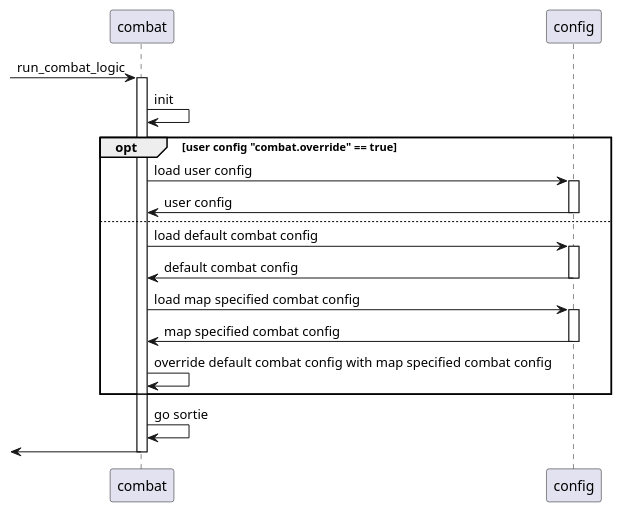
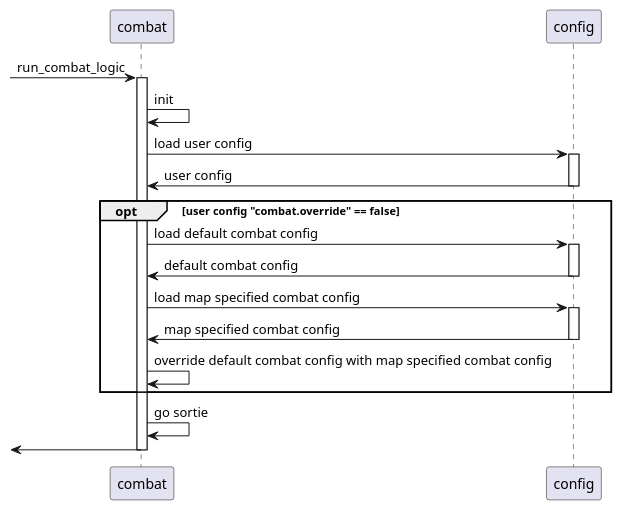
The diagram in reference/sortie_config_update.puml (XVs32/kcauto_custom), drawn with PlantUML before and after one commit.

Commit message:
update logic

```diff
--- a/reference/sortie_config_update.puml
+++ b/reference/sortie_config_update.puml
@@ -1,32 +1,31 @@
 @startuml
 
 
  -> combat: run_combat_logic
 activate combat
 combat -> combat: init 
 
-opt user config "combat.override" == true
 combat -> config: load user config 
 activate config
 config -> combat: user config 
 deactivate config
 
-else 
+opt user config "combat.override" == false
 combat -> config: load default combat config 
 activate config
 config -> combat: default combat config 
 deactivate config
 combat -> config: load map specified combat config 
 activate config
 config -> combat: map specified combat config 
 deactivate config
 
 combat -> combat: override default combat config with map specified combat config
 
 end
 
 combat -> combat:  go sortie
 
  <- combat:  
 deactivate combat
 @enduml
```
